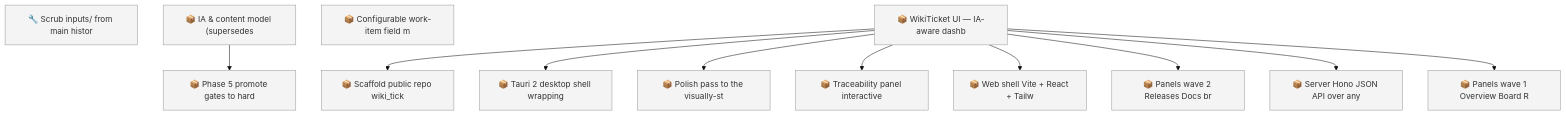
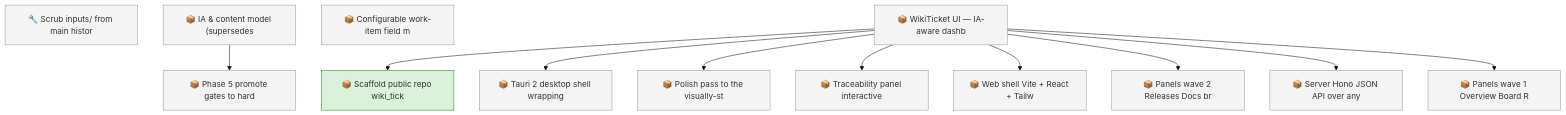
The first of 2 diagrams in docs/roadmap.md (SpillwaveSolutions/wiki_ticket_sdd), drawn with Mermaid (base theme) before and after one commit. The commit also changed other lines of this file and 8 other files, not shown here.

````diff
--- a/docs/roadmap.md
+++ b/docs/roadmap.md
@@ -73,27 +77,29 @@
 ```mermaid
 graph TD
     01KY2KHHF43KAZ54F57BQW71TD["🔧 Scrub inputs/ from main histor"]
     01KY5G9ZW0H2YMNWDFJYGRPYE5["📦 IA & content model (supersedes"]
     01KY5G9ZW0RABXWHEMEP1FAV2G["📦 Phase 5 promote gates to hard"]
     01KY5NE0ZYGBWG44N0KPEBFCZ8["📦 Configurable work-item field m"]
     01KY5VY0TDSWJE6W80CNCWA8QA["📦 WikiTicket UI — IA-aware dashb"]
     01KY5VY0TDTD7PQDT6EVD5AG9N["📦 Scaffold public repo wiki_tick"]
     01KY5VY0TE7G7ZC5W20T3KAXJ7["📦 Tauri 2 desktop shell wrapping"]
     01KY5VY0TE8B6RXVX1MQYJZ0TH["📦 Polish pass to the visually-st"]
     01KY5VY0TE8EZPWNZPZWSPTSAR["📦 Traceability panel interactive"]
     01KY5VY0TEK8XSGP2SG57GF0KT["📦 Web shell Vite + React + Tailw"]
     01KY5VY0TEKXBXK91S9ZFZTJZ5["📦 Panels wave 2 Releases Docs br"]
     01KY5VY0TEW87KK6AW6FQTYGZ9["📦 Server Hono JSON API over any"]
     01KY5VY0TEWBMZK5W6YJN5FQ9D["📦 Panels wave 1 Overview Board R"]
     01KY5G9ZW0H2YMNWDFJYGRPYE5 --> 01KY5G9ZW0RABXWHEMEP1FAV2G
     01KY5VY0TDSWJE6W80CNCWA8QA --> 01KY5VY0TDTD7PQDT6EVD5AG9N
     01KY5VY0TDSWJE6W80CNCWA8QA --> 01KY5VY0TE7G7ZC5W20T3KAXJ7
     01KY5VY0TDSWJE6W80CNCWA8QA --> 01KY5VY0TE8B6RXVX1MQYJZ0TH
     01KY5VY0TDSWJE6W80CNCWA8QA --> 01KY5VY0TE8EZPWNZPZWSPTSAR
     01KY5VY0TDSWJE6W80CNCWA8QA --> 01KY5VY0TEK8XSGP2SG57GF0KT
     01KY5VY0TDSWJE6W80CNCWA8QA --> 01KY5VY0TEKXBXK91S9ZFZTJZ5
     01KY5VY0TDSWJE6W80CNCWA8QA --> 01KY5VY0TEW87KK6AW6FQTYGZ9
     01KY5VY0TDSWJE6W80CNCWA8QA --> 01KY5VY0TEWBMZK5W6YJN5FQ9D
     classDef todo fill:#f4f4f4,stroke:#999999
-    class 01KY2KHHF43KAZ54F57BQW71TD,01KY5G9ZW0H2YMNWDFJYGRPYE5,01KY5G9ZW0RABXWHEMEP1FAV2G,01KY5NE0ZYGBWG44N0KPEBFCZ8,01KY5VY0TDSWJE6W80CNCWA8QA,01KY5VY0TDTD7PQDT6EVD5AG9N,01KY5VY0TE7G7ZC5W20T3KAXJ7,01KY5VY0TE8B6RXVX1MQYJZ0TH,01KY5VY0TE8EZPWNZPZWSPTSAR,01KY5VY0TEK8XSGP2SG57GF0KT,01KY5VY0TEKXBXK91S9ZFZTJZ5,01KY5VY0TEW87KK6AW6FQTYGZ9,01KY5VY0TEWBMZK5W6YJN5FQ9D todo
+    class 01KY2KHHF43KAZ54F57BQW71TD,01KY5G9ZW0H2YMNWDFJYGRPYE5,01KY5G9ZW0RABXWHEMEP1FAV2G,01KY5NE0ZYGBWG44N0KPEBFCZ8,01KY5VY0TDSWJE6W80CNCWA8QA,01KY5VY0TE7G7ZC5W20T3KAXJ7,01KY5VY0TE8B6RXVX1MQYJZ0TH,01KY5VY0TE8EZPWNZPZWSPTSAR,01KY5VY0TEK8XSGP2SG57GF0KT,01KY5VY0TEKXBXK91S9ZFZTJZ5,01KY5VY0TEW87KK6AW6FQTYGZ9,01KY5VY0TEWBMZK5W6YJN5FQ9D todo
+    classDef in_progress fill:#d9f2d9,stroke:#2e7d32
+    class 01KY5VY0TDTD7PQDT6EVD5AG9N in_progress
 ```
````
